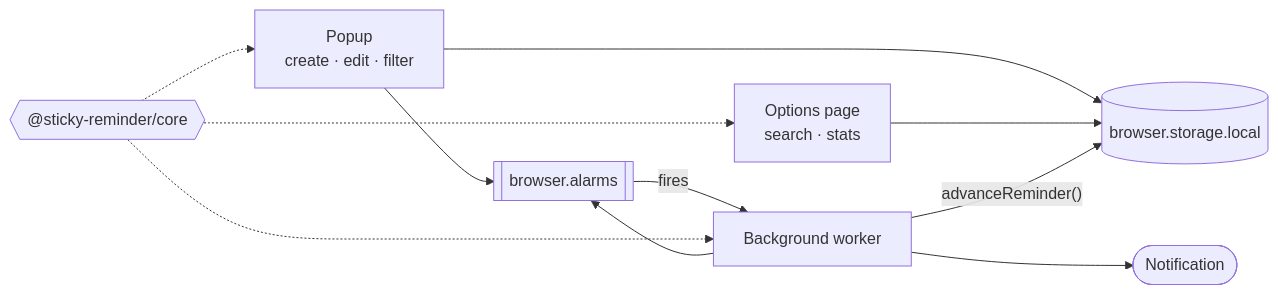
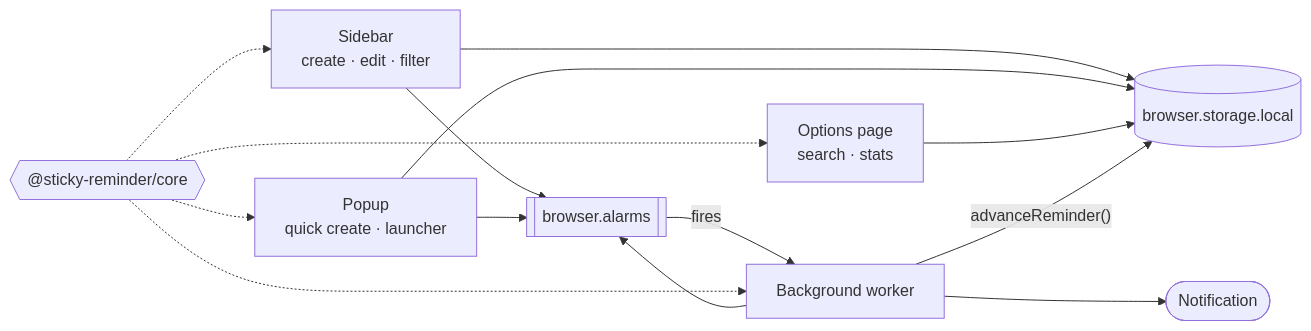
The diagram in README.md (Andersseen/sticky-reminder), drawn with Mermaid before and after one commit. The commit also changed other lines of this file and 14 other files, not shown here.

Commit message:
feat: add browser sidebar experience

````diff
--- a/README.md
+++ b/README.md
@@ -85,13 +86,16 @@
 ```mermaid
 flowchart LR
-  P["Popup<br/>create · edit · filter"] --> S[("browser.storage.local")]
+  SP["Sidebar<br/>create · edit · filter"] --> S[("browser.storage.local")]
+  P["Popup<br/>quick create · launcher"] --> S
   O["Options page<br/>search · stats"] --> S
-  P --> A[["browser.alarms"]]
+  SP --> A[["browser.alarms"]]
+  P --> A
   A -- fires --> B["Background worker"]
   B --> N(["Notification"])
   B -- "advanceReminder()" --> S
   B --> A
   C{{"@sticky-reminder/core"}} -.-> P
+  C -.-> SP
   C -.-> O
   C -.-> B
 ```
````
